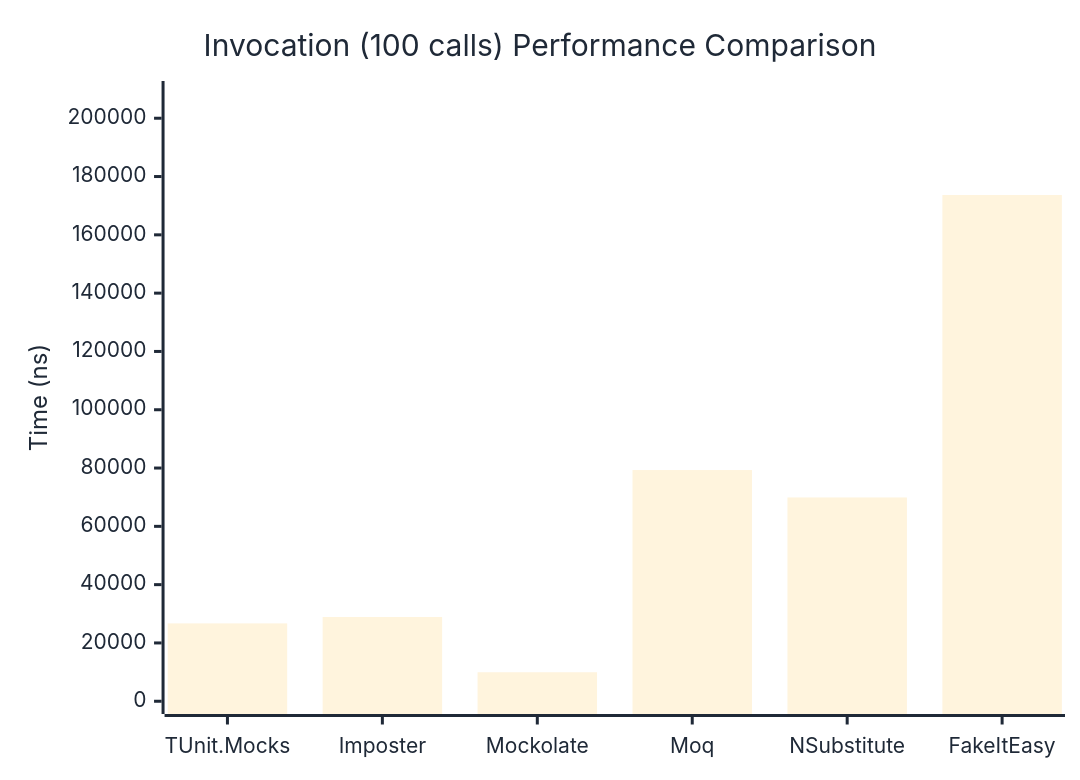
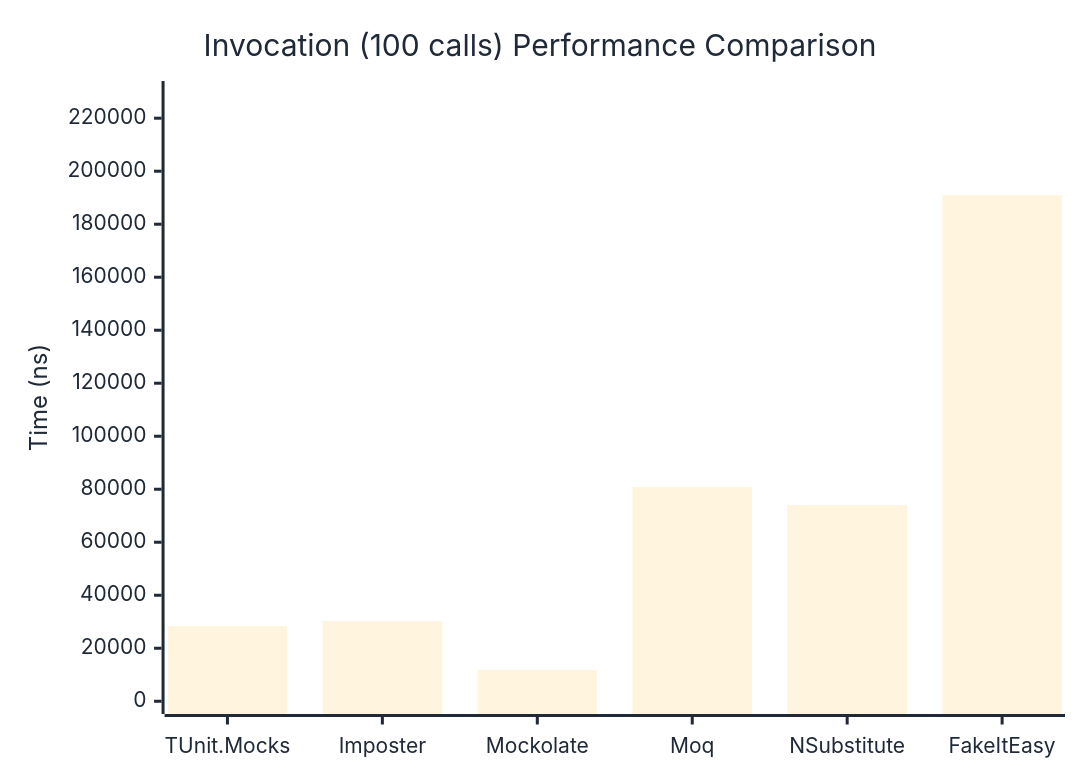
One commit to zion-sati/TUnit-NetWasm changed the third of 3 diagrams in docs/docs/benchmarks/mocks/Invocation.md. Above: the diagram before and after it, drawn with Mermaid. The commit also changed other lines of this file and 294 other files, not shown here.

````diff
--- a/docs/docs/benchmarks/mocks/Invocation.md
+++ b/docs/docs/benchmarks/mocks/Invocation.md
@@ -112,27 +112,27 @@
 ```mermaid
 %%{init: {
   'theme':'base',
   'themeVariables': {
     'primaryColor': '#2563eb',
     'primaryTextColor': '#1f2937',
     'primaryBorderColor': '#1e40af',
     'lineColor': '#6b7280',
     'secondaryColor': '#7c3aed',
     'tertiaryColor': '#dc2626',
     'background': '#ffffff',
     'pie1': '#2563eb',
     'pie2': '#7c3aed',
     'pie3': '#dc2626',
     'pie4': '#f59e0b',
     'pie5': '#10b981',
     'pie6': '#06b6d4',
     'pie7': '#ec4899',
     'pie8': '#6366f1'
   }
 }}%%
 xychart-beta
   title "Invocation (100 calls) Performance Comparison"
   x-axis ["TUnit.Mocks", "Imposter", "Mockolate", "Moq", "NSubstitute", "FakeItEasy"]
-  y-axis "Time (ns)" 0 --> 208400
-  bar [26706.83, 28896.4, 9949.26, 79311.23, 69908.29, 173665.99]
+  y-axis "Time (ns)" 0 --> 229229
+  bar [28422.4, 30252.2, 11762.3, 80885.5, 73991.9, 191024.1]
 ```
````
